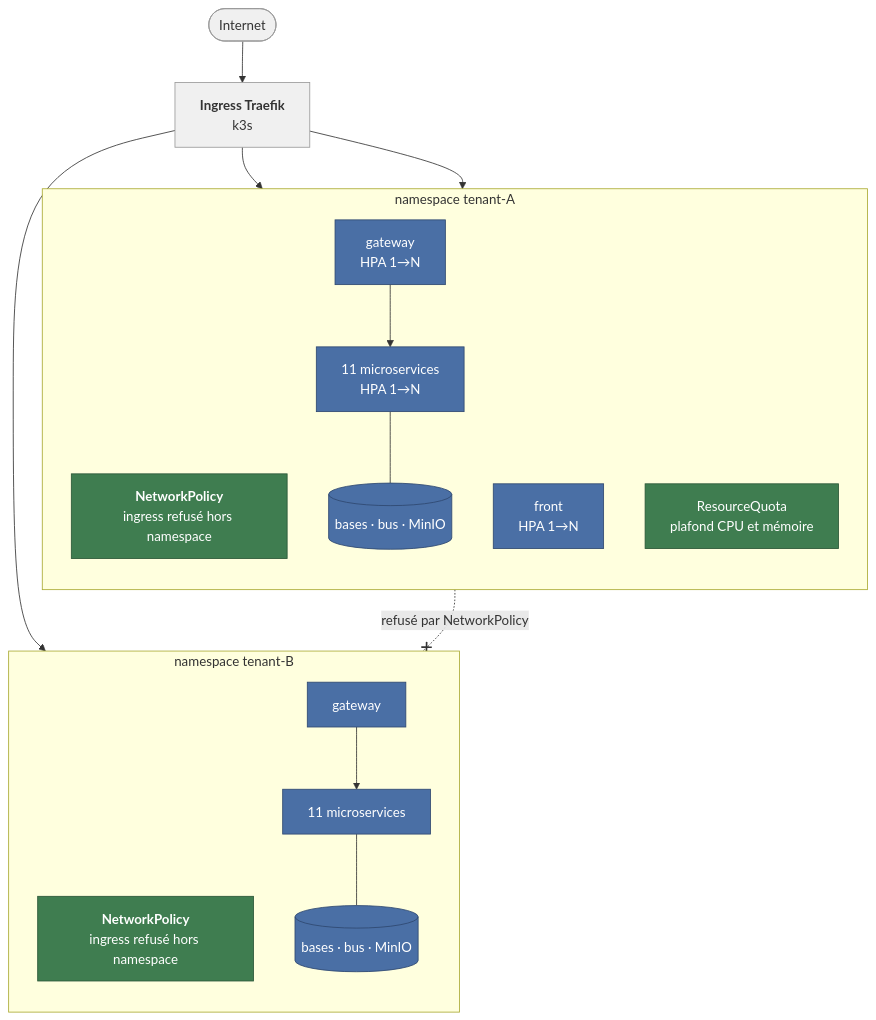
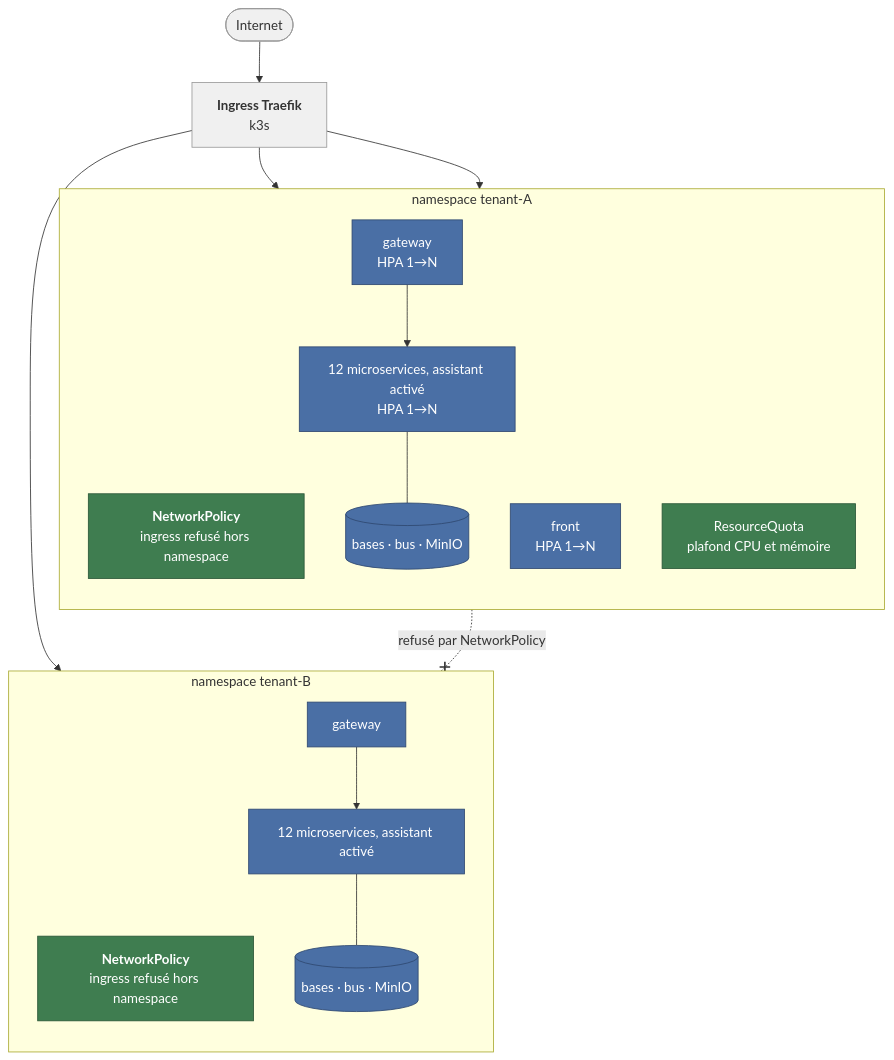
The second of 2 diagrams in docs/architecture/deploiement.md (CollectEverything-MNS/Goosee), drawn with Mermaid before and after one commit. The commit also changed other lines of this file and 24 other files, not shown here.

Commit message:
docs: align guides diagrams and API reference with validated POC

````diff
--- a/docs/architecture/deploiement.md
+++ b/docs/architecture/deploiement.md
@@ -84,41 +84,41 @@
 ```mermaid
 graph TB
     internet(["Internet"])
     ingress["<b>Ingress Traefik</b><br/>k3s"]
 
     subgraph nsA["namespace tenant-A"]
         direction TB
         npA["<b>NetworkPolicy</b><br/>ingress refusé hors namespace"]
         gwA["gateway<br/>HPA 1→N"]
         frontA["front<br/>HPA 1→N"]
-        svcA["11 microservices<br/>HPA 1→N"]
+        svcA["12 microservices, assistant activé<br/>HPA 1→N"]
         dbA[("bases · bus · MinIO")]
         rqA["ResourceQuota<br/>plafond CPU et mémoire"]
     end
 
     subgraph nsB["namespace tenant-B"]
         direction TB
         npB["<b>NetworkPolicy</b><br/>ingress refusé hors namespace"]
         gwB["gateway"]
-        svcB["11 microservices"]
+        svcB["12 microservices, assistant activé"]
         dbB[("bases · bus · MinIO")]
     end
 
     internet --> ingress
     ingress --> frontA
     ingress --> gwA
     ingress --> gwB
     gwA --> svcA
     svcA --- dbA
     gwB --> svcB
     svcB --- dbB
 
     gwA -. "refusé par NetworkPolicy" .-x gwB
 
     classDef protege fill:#3f7d50,stroke:#2a5637,color:#ffffff
     classDef appli fill:#4a6fa5,stroke:#2f4870,color:#ffffff
     classDef infra fill:#f0f0f0,stroke:#999,color:#333
     class npA,npB,rqA protege
     class gwA,frontA,svcA,gwB,svcB,dbA,dbB appli
     class ingress,internet infra
 ```
````
